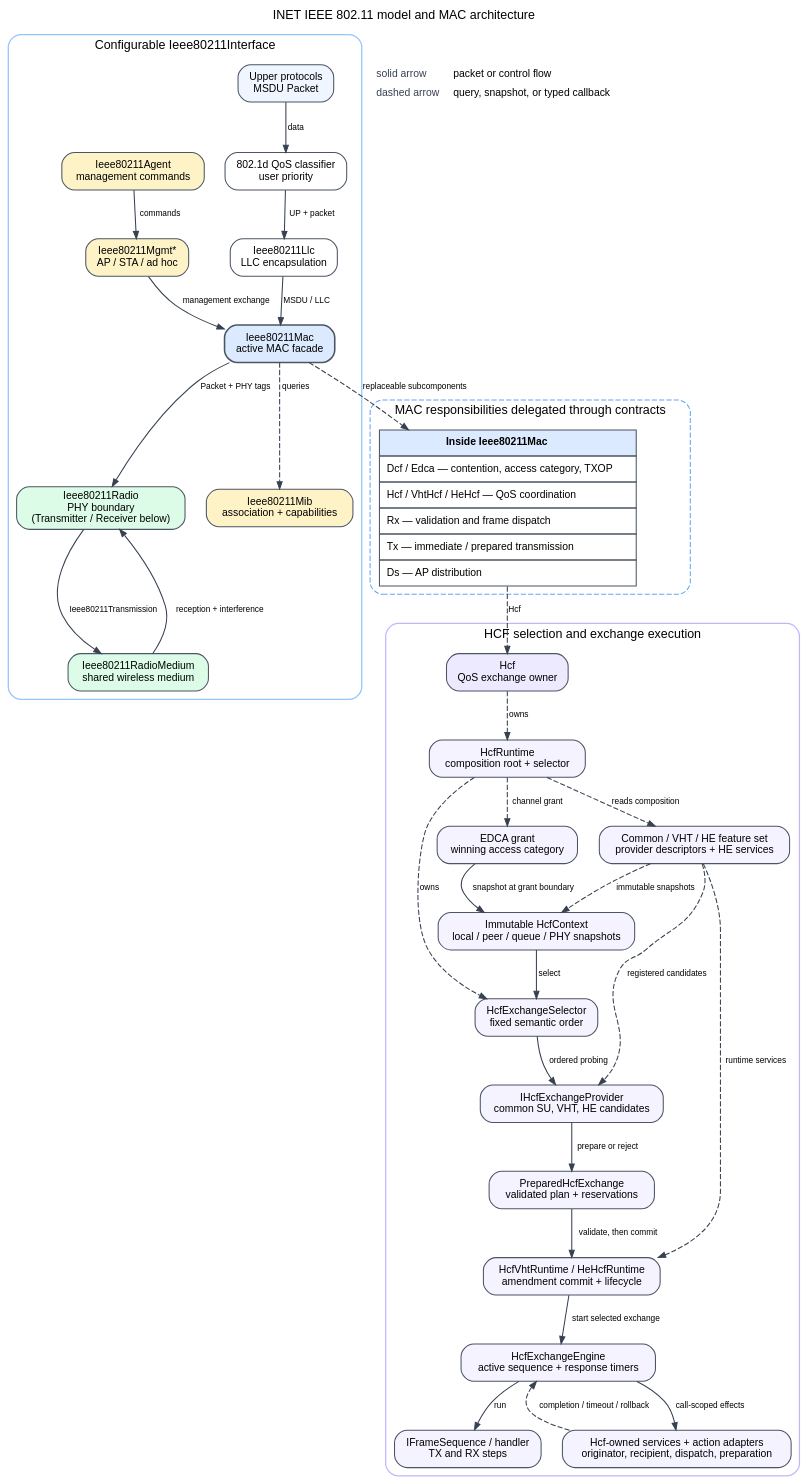
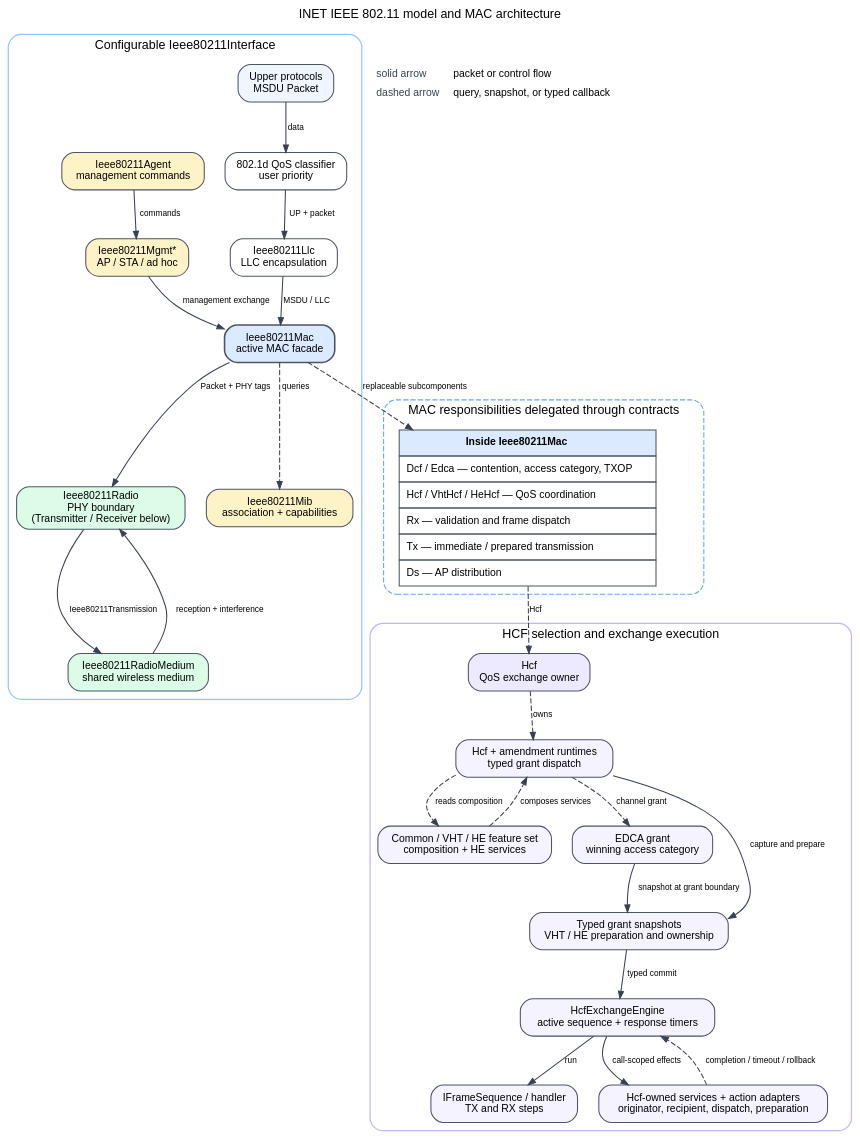
Before and after one commit to mgonzalezlopezudc/inet: the diagram in doc/src/developers-guide/figures/ieee80211_model.dot, drawn with Graphviz. The commit also changed 47 other files, not shown here.

```diff
--- a/doc/src/developers-guide/figures/ieee80211_model.dot
+++ b/doc/src/developers-guide/figures/ieee80211_model.dot
@@ -1,90 +1,80 @@
 digraph ieee80211_model {
     graph [rankdir=TB, bgcolor="transparent", pad="0.12", nodesep="0.28",
         ranksep="0.52", fontname="Helvetica", fontsize=12,
         label="INET IEEE 802.11 model and MAC architecture", labelloc=t]
     node [shape=box, style="rounded,filled", fillcolor="white", color="#4b5563",
         fontname="Helvetica", fontsize=10, margin="0.10,0.06"]
     edge [fontname="Helvetica", fontsize=8, color="#374151", arrowsize=0.7]
 
     subgraph cluster_interface {
         label="Configurable Ieee80211Interface"
         color="#93c5fd"; style="rounded"; penwidth=1.2
 
         upper [label="Upper protocols\nMSDU Packet", fillcolor="#eff6ff"]
         classifier [label="802.1d QoS classifier\nuser priority"]
         llc [label="Ieee80211Llc\nLLC encapsulation"]
         mac [label="Ieee80211Mac\nactive MAC facade", fillcolor="#dbeafe", penwidth=1.5]
         radio [label="Ieee80211Radio\nPHY boundary\n(Transmitter / Receiver below)", fillcolor="#dcfce7"]
         medium [label="Ieee80211RadioMedium\nshared wireless medium", fillcolor="#dcfce7"]
         mgmt [label="Ieee80211Mgmt*\nAP / STA / ad hoc", fillcolor="#fef3c7"]
         agent [label="Ieee80211Agent\nmanagement commands", fillcolor="#fef3c7"]
         mib [label="Ieee80211Mib\nassociation + capabilities", fillcolor="#fef3c7"]
 
         upper -> classifier [label="data"]
         classifier -> llc [label="UP + packet"]
         llc -> mac [label="MSDU / LLC"]
         mac -> radio [label="Packet + PHY tags"]
         radio -> medium [label="Ieee80211Transmission"]
         medium -> radio [label="reception + interference"]
         agent -> mgmt [label="commands"]
         mgmt -> mac [label="management exchange"]
         mac -> mib [style=dashed, label="queries"]
     }
 
     subgraph cluster_mac {
         label="MAC responsibilities delegated through contracts"
         color="#60a5fa"; style="rounded,dashed"; penwidth=1.0
 
         components [shape=plain, label=<
             <TABLE BORDER="0" CELLBORDER="1" CELLSPACING="0" CELLPADDING="6">
                 <TR><TD BGCOLOR="#dbeafe"><B>Inside Ieee80211Mac</B></TD></TR>
                 <TR><TD ALIGN="LEFT">Dcf / Edca — contention, access category, TXOP</TD></TR>
                 <TR><TD ALIGN="LEFT">Hcf / VhtHcf / HeHcf — QoS coordination</TD></TR>
                 <TR><TD ALIGN="LEFT">Rx — validation and frame dispatch</TD></TR>
                 <TR><TD ALIGN="LEFT">Tx — immediate / prepared transmission</TD></TR>
                 <TR><TD ALIGN="LEFT">Ds — AP distribution</TD></TR>
             </TABLE>>]
         mac -> components [style=dashed, label="replaceable subcomponents"]
     }
 
     subgraph cluster_hcf {
         label="HCF selection and exchange execution"
         color="#c4b5fd"; style="rounded"; penwidth=1.2
 
         grant [label="EDCA grant\nwinning access category", fillcolor="#f5f3ff"]
-        context [label="Immutable HcfContext\nlocal / peer / queue / PHY snapshots", fillcolor="#f5f3ff"]
-        selector [label="HcfExchangeSelector\nfixed semantic order", fillcolor="#f5f3ff"]
-        provider [label="IHcfExchangeProvider\ncommon SU, VHT, HE candidates", fillcolor="#f5f3ff"]
-        plan [label="PreparedHcfExchange\nvalidated plan + reservations", fillcolor="#f5f3ff"]
         engine [label="HcfExchangeEngine\nactive sequence + response timers", fillcolor="#f5f3ff"]
         sequence [label="IFrameSequence / handler\nTX and RX steps", fillcolor="#f5f3ff"]
         actions [label="Hcf-owned services + action adapters\noriginator, recipient, dispatch, preparation", fillcolor="#f5f3ff"]
-        featureSet [label="Common / VHT / HE feature set\nprovider descriptors + HE services", fillcolor="#f5f3ff"]
-        runtime [label="HcfRuntime\ncomposition root + selector", fillcolor="#f5f3ff"]
-        amendmentRuntime [label="HcfVhtRuntime / HeHcfRuntime\namendment commit + lifecycle", fillcolor="#f5f3ff"]
+        featureSet [label="Common / VHT / HE feature set\ncomposition + HE services", fillcolor="#f5f3ff"]
+        runtime [label="Hcf + amendment runtimes\ntyped grant dispatch", fillcolor="#f5f3ff"]
+        grantSnapshot [label="Typed grant snapshots\nVHT / HE preparation and ownership", fillcolor="#f5f3ff"]
 
         hcfAnchor [label="Hcf\nQoS exchange owner", fillcolor="#ede9fe"]
         components -> hcfAnchor [style=dashed, label="Hcf"]
         hcfAnchor -> runtime [style=dashed, label="owns"]
         runtime -> grant [style=dashed, label="channel grant"]
         runtime -> featureSet [style=dashed, label="reads composition"]
-        runtime -> selector [style=dashed, label="owns"]
-        grant -> context [label="snapshot at grant boundary"]
-        context -> selector [label="select"]
-        selector -> provider [label="ordered probing"]
-        provider -> plan [label="prepare or reject"]
-        plan -> amendmentRuntime [label="validate, then commit"]
-        amendmentRuntime -> engine [label="start selected exchange"]
+        grant -> grantSnapshot [label="snapshot at grant boundary"]
+        runtime -> grantSnapshot [label="capture and prepare"]
+        grantSnapshot -> engine [label="typed commit"]
         engine -> sequence [label="run"]
         engine -> actions [label="call-scoped effects"]
         actions -> engine [style=dashed, label="completion / timeout / rollback"]
-        featureSet -> provider [style=dashed, label="registered candidates"]
-        featureSet -> amendmentRuntime [style=dashed, label="runtime services"]
-        featureSet -> context [style=dashed, label="immutable snapshots"]
+        featureSet -> runtime [style=dashed, label="composes services"]
     }
 
     legend [shape=plain, label=<<TABLE BORDER="0" CELLBORDER="0" CELLSPACING="3">
         <TR><TD ALIGN="LEFT"><FONT COLOR="#374151">solid arrow</FONT></TD><TD ALIGN="LEFT">packet or control flow</TD></TR>
         <TR><TD ALIGN="LEFT"><FONT COLOR="#374151">dashed arrow</FONT></TD><TD ALIGN="LEFT">query, snapshot, or typed callback</TD></TR>
     </TABLE>>]
 }
```
